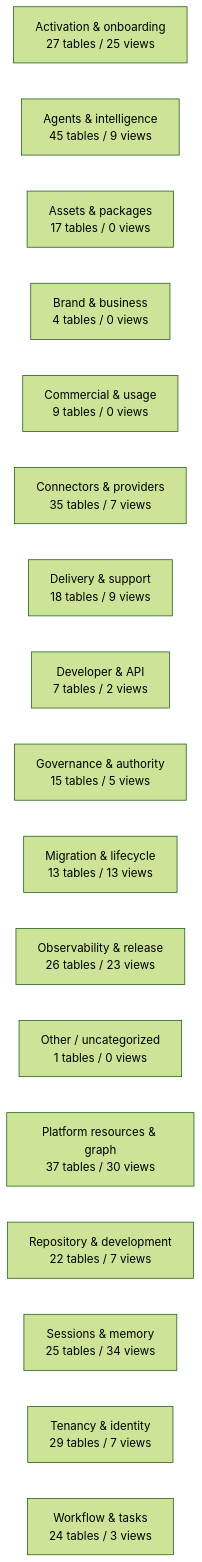
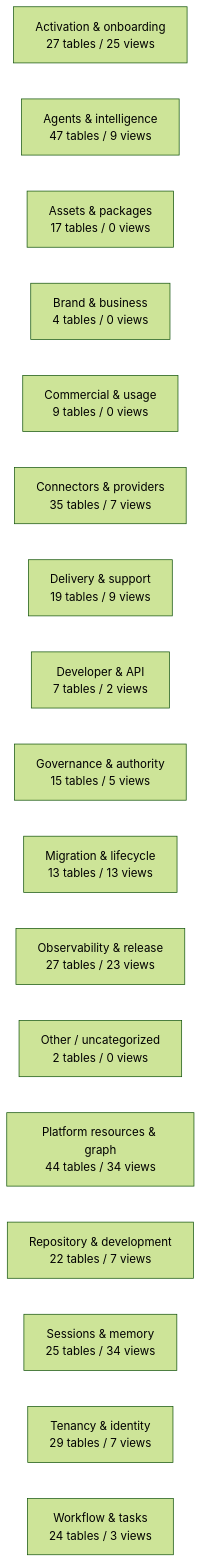
The diagram in docs/work-maps/data-model-domain-map.md (mad4bdigital-ai/multi-business-multi-role-growth-intelligence-os), drawn with Mermaid (forest theme) before and after one commit. The commit also changed other lines of this file and 10 other files, not shown here.

````diff
--- a/docs/work-maps/data-model-domain-map.md
+++ b/docs/work-maps/data-model-domain-map.md
@@ -9,20 +9,20 @@
 ```mermaid
 flowchart LR
   n_Activation___onboarding["Activation & onboarding<br/>27 tables / 25 views"]
-  n_Agents___intelligence["Agents & intelligence<br/>45 tables / 9 views"]
+  n_Agents___intelligence["Agents & intelligence<br/>47 tables / 9 views"]
   n_Assets___packages["Assets & packages<br/>17 tables / 0 views"]
   n_Brand___business["Brand & business<br/>4 tables / 0 views"]
   n_Commercial___usage["Commercial & usage<br/>9 tables / 0 views"]
   n_Connectors___providers["Connectors & providers<br/>35 tables / 7 views"]
-  n_Delivery___support["Delivery & support<br/>18 tables / 9 views"]
+  n_Delivery___support["Delivery & support<br/>19 tables / 9 views"]
   n_Developer___API["Developer & API<br/>7 tables / 2 views"]
   n_Governance___authority["Governance & authority<br/>15 tables / 5 views"]
   n_Migration___lifecycle["Migration & lifecycle<br/>13 tables / 13 views"]
-  n_Observability___release["Observability & release<br/>26 tables / 23 views"]
-  n_Other___uncategorized["Other / uncategorized<br/>1 tables / 0 views"]
-  n_Platform_resources___graph["Platform resources & graph<br/>37 tables / 30 views"]
+  n_Observability___release["Observability & release<br/>27 tables / 23 views"]
+  n_Other___uncategorized["Other / uncategorized<br/>2 tables / 0 views"]
+  n_Platform_resources___graph["Platform resources & graph<br/>44 tables / 34 views"]
   n_Repository___development["Repository & development<br/>22 tables / 7 views"]
   n_Sessions___memory["Sessions & memory<br/>25 tables / 34 views"]
   n_Tenancy___identity["Tenancy & identity<br/>29 tables / 7 views"]
   n_Workflow___tasks["Workflow & tasks<br/>24 tables / 3 views"]
 ```
````
